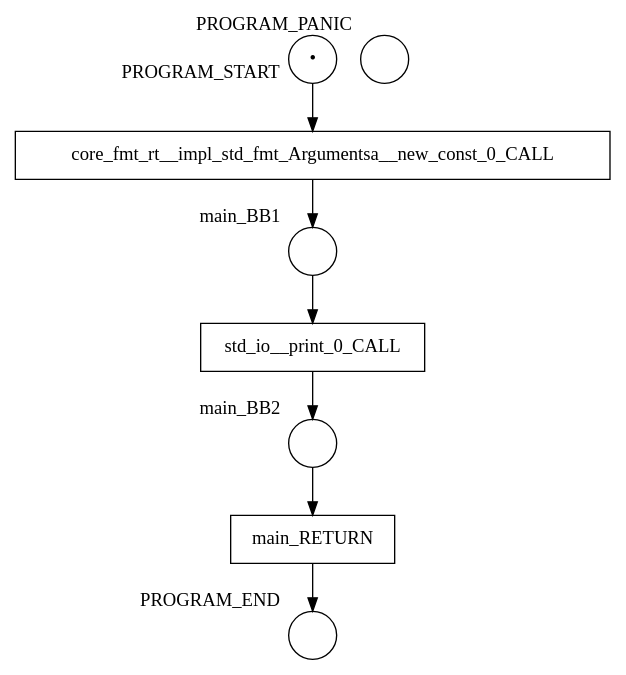
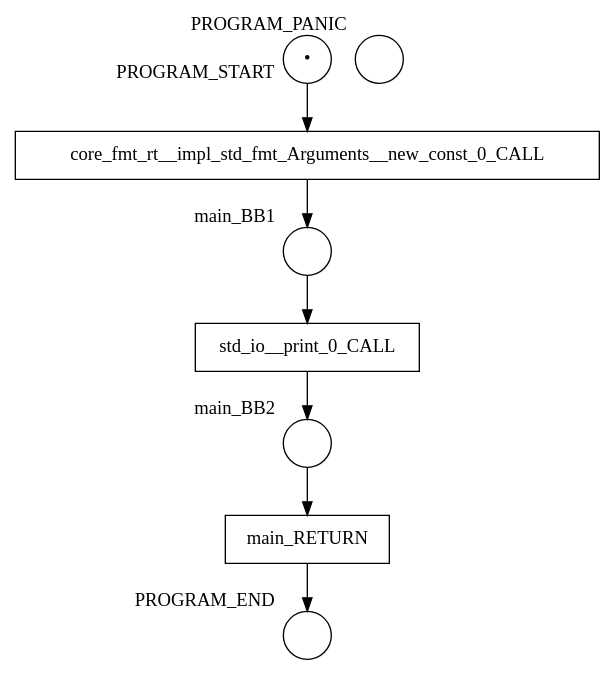
Before and after one commit to hlisdero/cargo-check-deadlock: the diagram in examples/results/basic/hello_world/net.dot, drawn with Graphviz. The commit also changed 24 other files, not shown here.

```diff
--- a/examples/results/basic/hello_world/net.dot
+++ b/examples/results/basic/hello_world/net.dot
@@ -1,16 +1,16 @@
 digraph petrinet {
     PROGRAM_END [shape="circle" xlabel="PROGRAM_END" label=""];
     PROGRAM_PANIC [shape="circle" xlabel="PROGRAM_PANIC" label=""];
     PROGRAM_START [shape="circle" xlabel="PROGRAM_START" label="•"];
     main_BB1 [shape="circle" xlabel="main_BB1" label=""];
     main_BB2 [shape="circle" xlabel="main_BB2" label=""];
-    core_fmt_rt__impl_std_fmt_Argumentsa__new_const_0_CALL [shape="box" xlabel="" label="core_fmt_rt__impl_std_fmt_Argumentsa__new_const_0_CALL"];
+    core_fmt_rt__impl_std_fmt_Arguments__new_const_0_CALL [shape="box" xlabel="" label="core_fmt_rt__impl_std_fmt_Arguments__new_const_0_CALL"];
     main_RETURN [shape="box" xlabel="" label="main_RETURN"];
     std_io__print_0_CALL [shape="box" xlabel="" label="std_io__print_0_CALL"];
-    PROGRAM_START -> core_fmt_rt__impl_std_fmt_Argumentsa__new_const_0_CALL;
+    PROGRAM_START -> core_fmt_rt__impl_std_fmt_Arguments__new_const_0_CALL;
     main_BB1 -> std_io__print_0_CALL;
     main_BB2 -> main_RETURN;
-    core_fmt_rt__impl_std_fmt_Argumentsa__new_const_0_CALL -> main_BB1;
+    core_fmt_rt__impl_std_fmt_Arguments__new_const_0_CALL -> main_BB1;
     main_RETURN -> PROGRAM_END;
     std_io__print_0_CALL -> main_BB2;
 }
```
